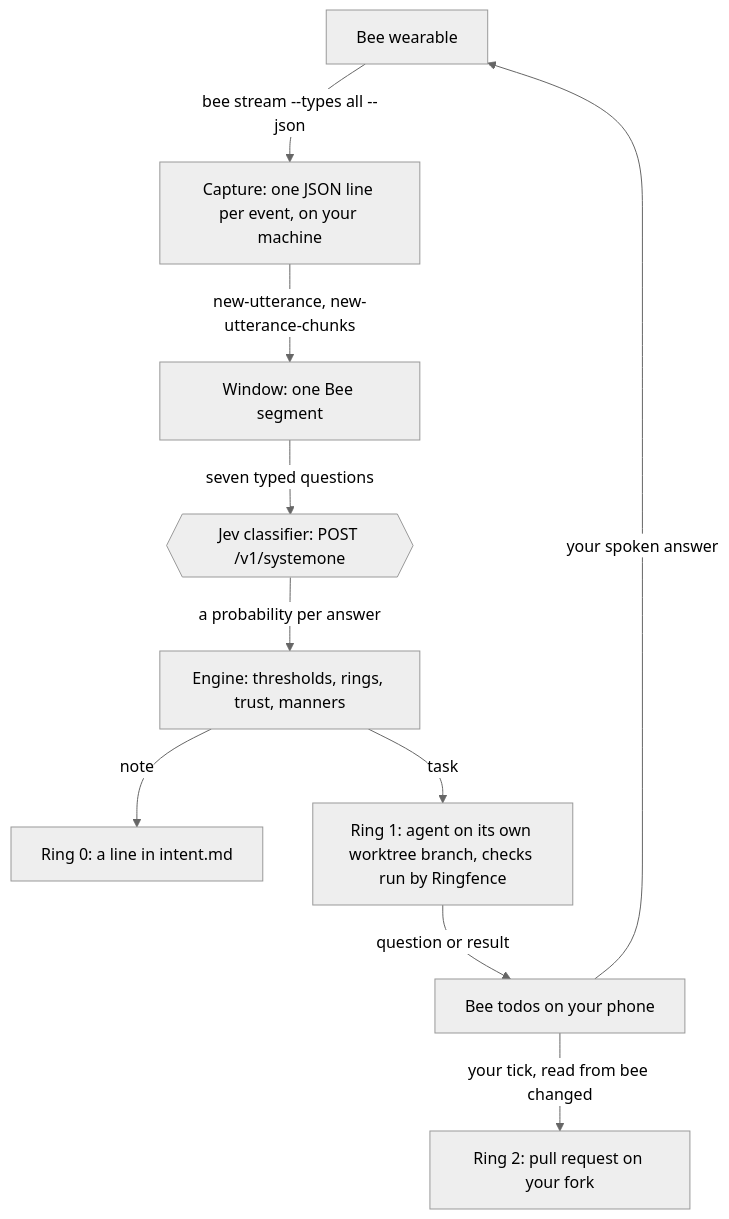
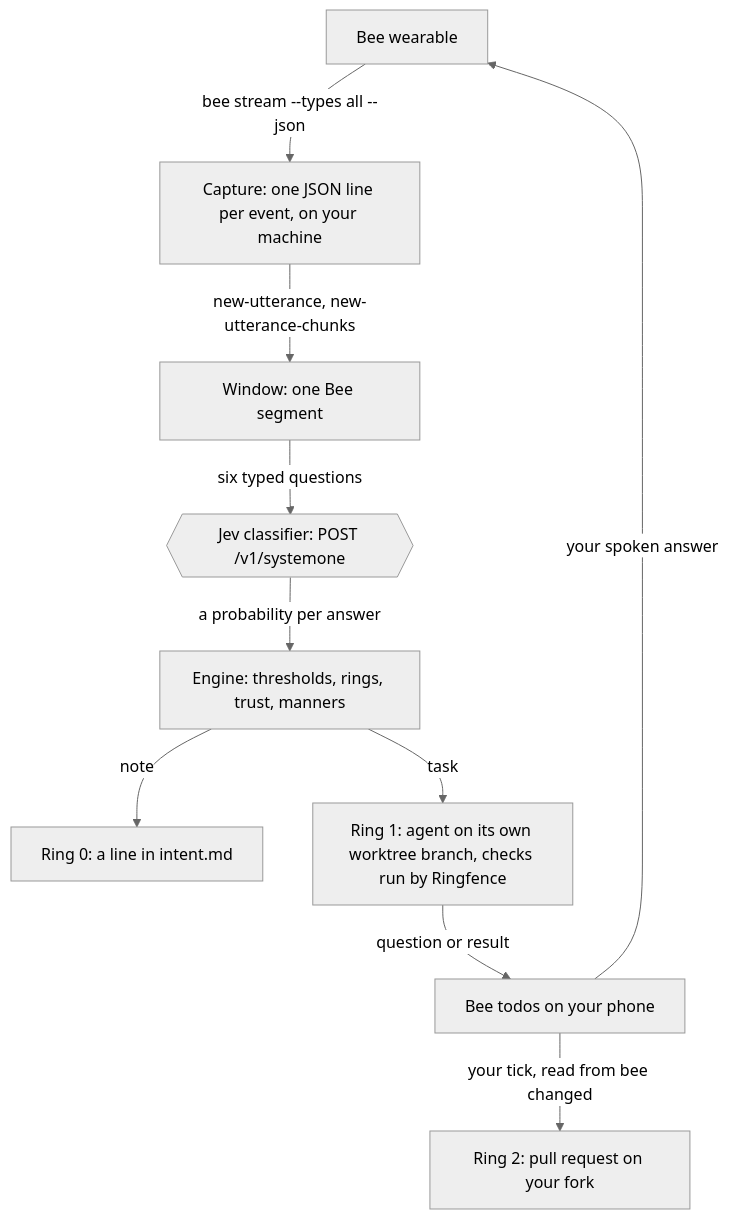
The diagram in README.md (harshpuri84/ringfence), drawn with Mermaid before and after one commit. The commit also changed other lines of this file and 25 other files, not shown here.

````diff
--- a/README.md
+++ b/README.md
@@ -44,13 +44,13 @@
 ```mermaid
 %%{init: {'theme': 'neutral'}}%%
 flowchart TD
   A[Bee wearable] -->|bee stream --types all --json| B[Capture: one JSON line per event, on your machine]
   B -->|new-utterance, new-utterance-chunks| C[Window: one Bee segment]
-  C -->|seven typed questions| J{{Jev classifier: POST /v1/systemone}}
+  C -->|six typed questions| J{{Jev classifier: POST /v1/systemone}}
   J -->|a probability per answer| E[Engine: thresholds, rings, trust, manners]
   E -->|note| R0[Ring 0: a line in intent.md]
   E -->|task| R1[Ring 1: agent on its own worktree branch, checks run by Ringfence]
   R1 -->|question or result| T[Bee todos on your phone]
   T -->|your spoken answer| A
   T -->|your tick, read from bee changed| R2[Ring 2: pull request on your fork]
 ```
````
